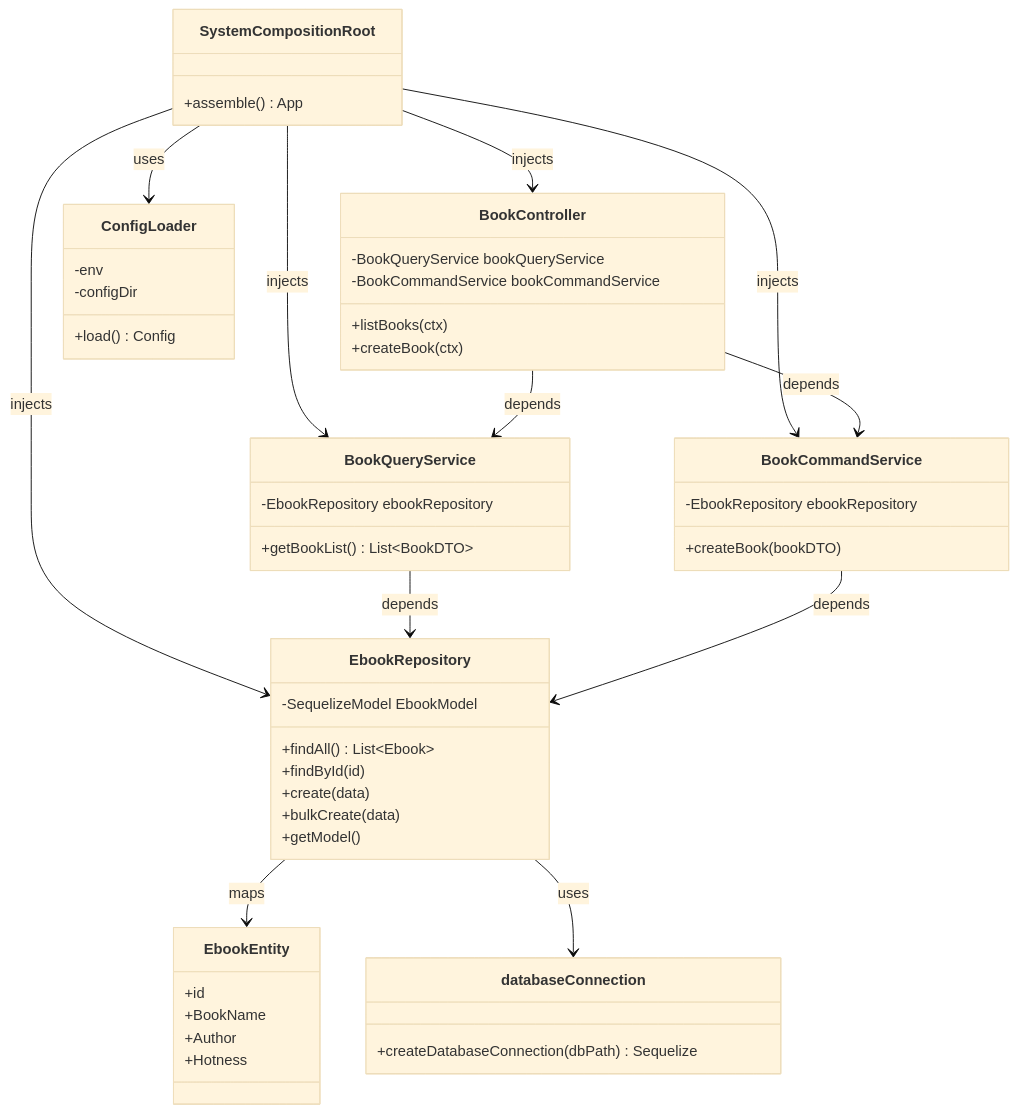
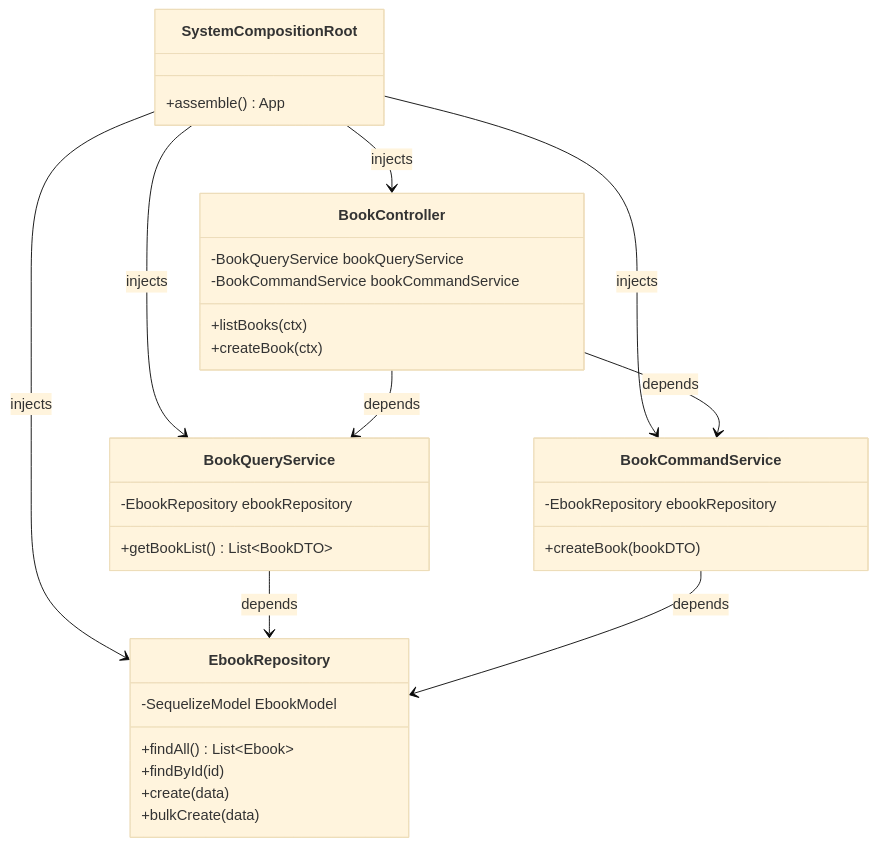
Before and after one commit to EbookWorkshop/Api-v4: the diagram in docs/class-diagram.mmd, drawn with Mermaid (base theme). The commit also changed 11 other files, not shown here.

```diff
--- a/docs/class-diagram.mmd
+++ b/docs/class-diagram.mmd
@@ -1,59 +1,38 @@
 classDiagram
     class BookController {
         -BookQueryService bookQueryService
         -BookCommandService bookCommandService
         +listBooks(ctx)
         +createBook(ctx)
     }
 
     class BookQueryService {
         -EbookRepository ebookRepository
         +getBookList() List~BookDTO~
     }
 
     class BookCommandService {
         -EbookRepository ebookRepository
         +createBook(bookDTO)
     }
 
     class EbookRepository {
         -SequelizeModel EbookModel
         +findAll() List~Ebook~
         +findById(id)
         +create(data)
         +bulkCreate(data)
-        +getModel()
-    }
-
-    class EbookEntity {
-        +id
-        +BookName
-        +Author
-        +Hotness
-    }
-
-    class ConfigLoader {
-        -env
-        -configDir
-        +load() Config
-    }
-
-    class databaseConnection {
-        +createDatabaseConnection(dbPath) Sequelize
     }
 
     class SystemCompositionRoot {
         +assemble() App
     }
 
     SystemCompositionRoot --> BookController : injects
     SystemCompositionRoot --> BookQueryService : injects
     SystemCompositionRoot --> BookCommandService : injects
     SystemCompositionRoot --> EbookRepository : injects
-    SystemCompositionRoot --> ConfigLoader : uses
     BookController --> BookQueryService : depends
     BookController --> BookCommandService : depends
     BookQueryService --> EbookRepository : depends
     BookCommandService --> EbookRepository : depends
-    EbookRepository --> EbookEntity : maps
-    EbookRepository --> databaseConnection : uses
```
